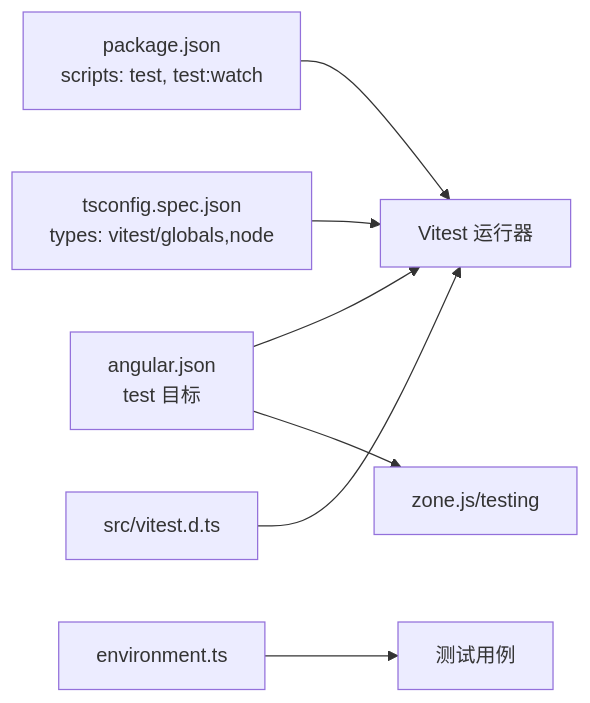
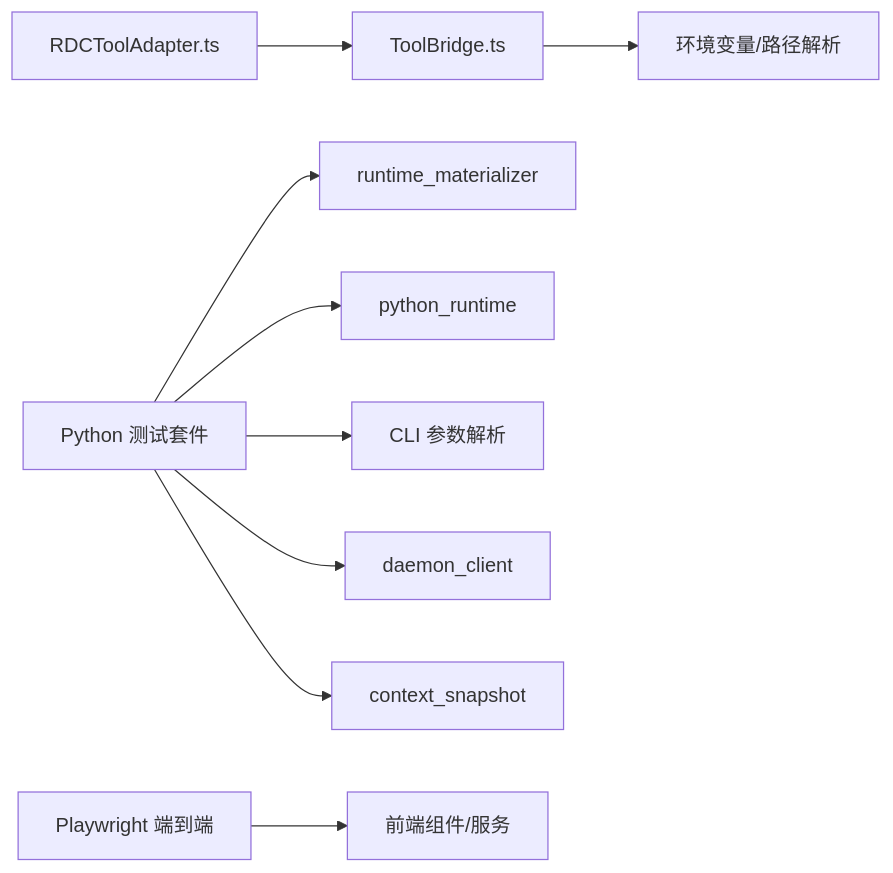
One commit to haolange/RDC-Agent changed the third of 3 diagrams in .qoder/repowiki/zh/content/测试策略/单元测试.md. Above: the diagram before and after it, drawn with Mermaid. The commit also changed other lines of this file and 84 other files, not shown here.

````diff
--- a/.qoder/repowiki/zh/content/测试策略/单元测试.md
+++ b/.qoder/repowiki/zh/content/测试策略/单元测试.md
@@ -222,9 +257,11 @@
 ```mermaid
 graph LR
-P["package.json<br/>scripts: test, test:watch"] --> V["Vitest 运行器"]
-AJ["angular.json<br/>test 目标"] --> V
-AJ --> Z["zone.js/testing"]
-TS["tsconfig.spec.json<br/>types: vitest/globals,node"] --> V
-VT["src/vitest.d.ts"] --> V
-ENV["environment.ts"] --> Tests["测试用例"]
+Adapter["RDCToolAdapter.ts"] --> Bridge["ToolBridge.ts"]
+Bridge --> Env["环境变量/路径解析"]
+PyTests["Python 测试套件"] --> RTM["runtime_materializer"]
+PyTests --> PYRT["python_runtime"]
+PyTests --> CLI["CLI 参数解析"]
+PyTests --> DMC["daemon_client"]
+PyTests --> CSN["context_snapshot"]
+E2E["Playwright 端到端"] --> Front["前端组件/服务"]
 ```
````
